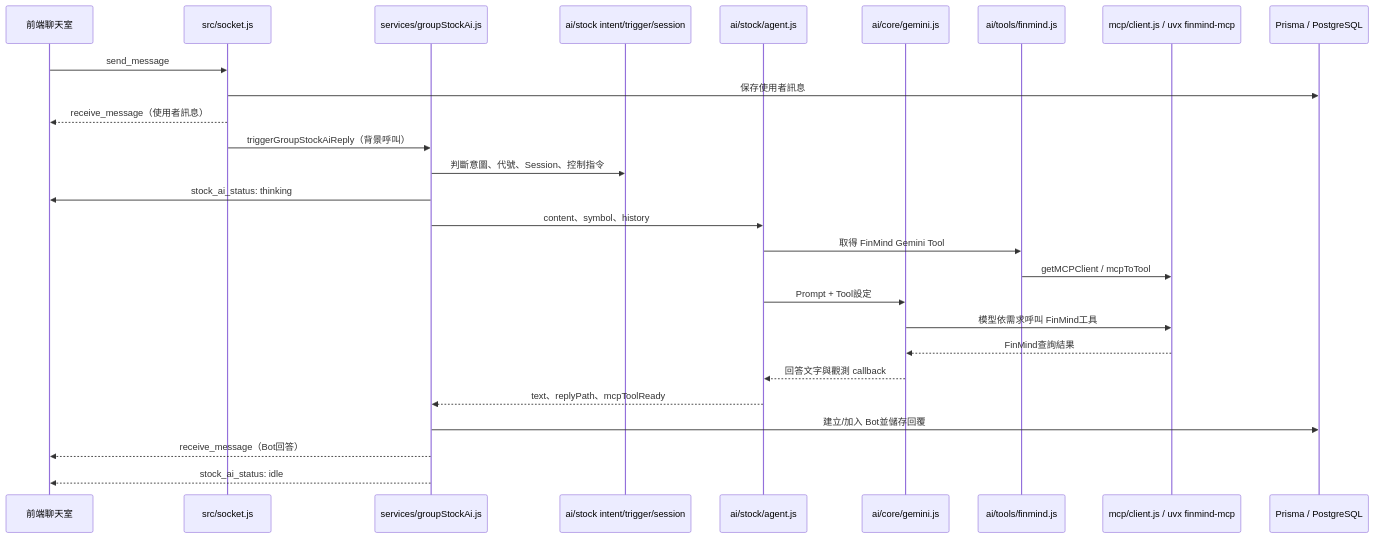
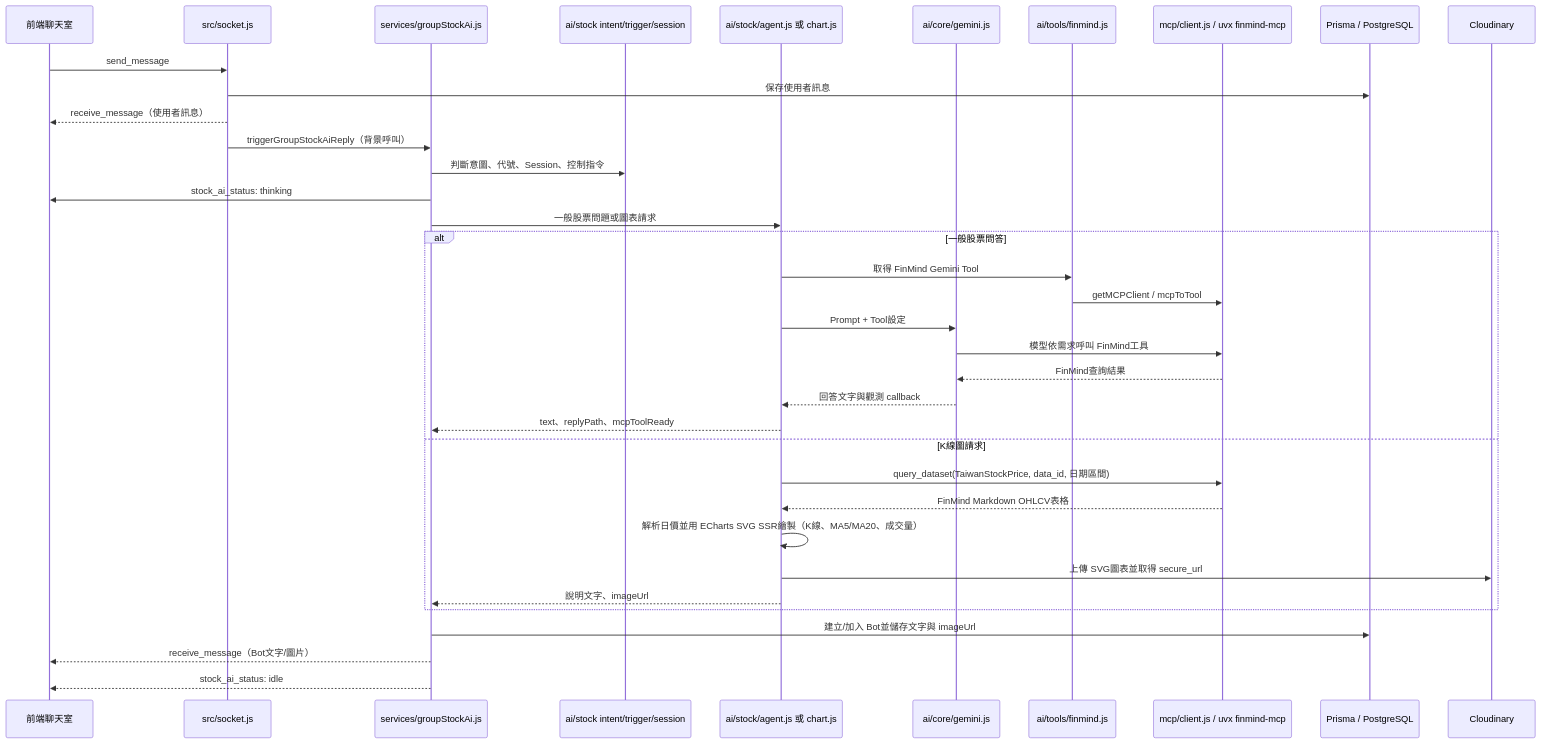
The diagram in backend/docs/stock-ai/CURRENT_BACKEND_AI_ARCHITECTURE.md (w444555888/vue_nuxtJS-app), drawn with Mermaid before and after one commit. The commit also changed other lines of this file and 6 other files, not shown here.

Commit message:
股票mcp 新增finmind返回圖表資料轉換圖表套件

````diff
--- a/backend/docs/stock-ai/CURRENT_BACKEND_AI_ARCHITECTURE.md
+++ b/backend/docs/stock-ai/CURRENT_BACKEND_AI_ARCHITECTURE.md
@@ -54,30 +55,39 @@
 ```mermaid
 sequenceDiagram
     participant UI as 前端聊天室
     participant Socket as src/socket.js
     participant Bridge as services/groupStockAi.js
     participant Rules as ai/stock intent/trigger/session
-    participant Agent as ai/stock/agent.js
+    participant Agent as ai/stock/agent.js 或 chart.js
     participant Gemini as ai/core/gemini.js
     participant Tool as ai/tools/finmind.js
     participant MCP as mcp/client.js / uvx finmind-mcp
     participant DB as Prisma / PostgreSQL
+    participant Media as Cloudinary
 
     UI->>Socket: send_message
     Socket->>DB: 保存使用者訊息
     Socket-->>UI: receive_message（使用者訊息）
     Socket->>Bridge: triggerGroupStockAiReply（背景呼叫）
     Bridge->>Rules: 判斷意圖、代號、Session、控制指令
     Bridge->>UI: stock_ai_status: thinking
-    Bridge->>Agent: content、symbol、history
+    Bridge->>Agent: 一般股票問題或圖表請求
+    alt 一般股票問答
     Agent->>Tool: 取得 FinMind Gemini Tool
     Tool->>MCP: getMCPClient / mcpToTool
     Agent->>Gemini: Prompt + Tool設定
     Gemini->>MCP: 模型依需求呼叫 FinMind工具
     MCP-->>Gemini: FinMind查詢結果
     Gemini-->>Agent: 回答文字與觀測 callback
     Agent-->>Bridge: text、replyPath、mcpToolReady
-    Bridge->>DB: 建立/加入 Bot並儲存回覆
-    Bridge-->>UI: receive_message（Bot回答）
+    else K線圖請求
+    Agent->>MCP: query_dataset(TaiwanStockPrice, data_id, 日期區間)
+    MCP-->>Agent: FinMind Markdown OHLCV表格
+    Agent->>Agent: 解析日價並用 ECharts SVG SSR繪製（K線、MA5/MA20、成交量）
+    Agent->>Media: 上傳 SVG圖表並取得 secure_url
+    Agent-->>Bridge: 說明文字、imageUrl
+    end
+    Bridge->>DB: 建立/加入 Bot並儲存文字與 imageUrl
+    Bridge-->>UI: receive_message（Bot文字/圖片）
     Bridge-->>UI: stock_ai_status: idle
 ```
````
